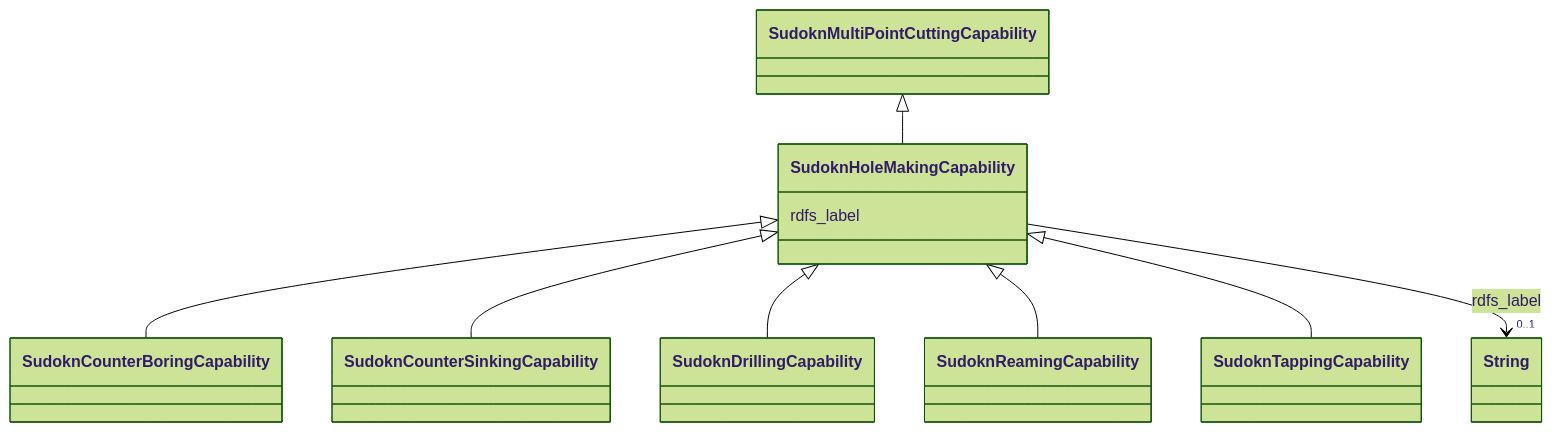
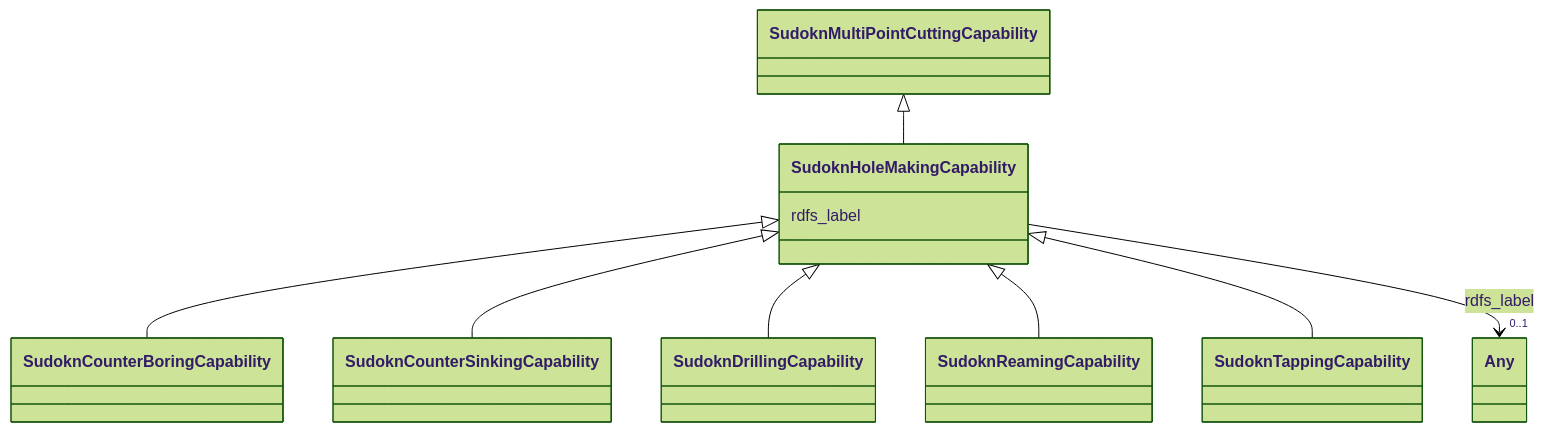
Before and after one commit to frink-okn/graph-descriptions: the diagram in sudokn-kg/classes/SudoknHoleMakingCapability.md, drawn with Mermaid (forest theme). The commit also changed other lines of this file and 903 other files, not shown here.

````diff
--- a/sudokn-kg/classes/SudoknHoleMakingCapability.md
+++ b/sudokn-kg/classes/SudoknHoleMakingCapability.md
@@ -23,31 +16,31 @@
 ```mermaid
  classDiagram
     class SudoknHoleMakingCapability
     click SudoknHoleMakingCapability href "../SudoknHoleMakingCapability"
       SudoknMultiPointCuttingCapability <|-- SudoknHoleMakingCapability
         click SudoknMultiPointCuttingCapability href "../SudoknMultiPointCuttingCapability"
       
 
       SudoknHoleMakingCapability <|-- SudoknCounterBoringCapability
         click SudoknCounterBoringCapability href "../SudoknCounterBoringCapability"
       SudoknHoleMakingCapability <|-- SudoknCounterSinkingCapability
         click SudoknCounterSinkingCapability href "../SudoknCounterSinkingCapability"
       SudoknHoleMakingCapability <|-- SudoknDrillingCapability
         click SudoknDrillingCapability href "../SudoknDrillingCapability"
       SudoknHoleMakingCapability <|-- SudoknReamingCapability
         click SudoknReamingCapability href "../SudoknReamingCapability"
       SudoknHoleMakingCapability <|-- SudoknTappingCapability
         click SudoknTappingCapability href "../SudoknTappingCapability"
       
       
       SudoknHoleMakingCapability : rdfs_label
         
           
     
     
-    SudoknHoleMakingCapability --> "0..1" String : rdfs_label
-    click String href "../String"
+    SudoknHoleMakingCapability --> "0..1" Any : rdfs_label
+    click Any href "../Any"
 
         
       
 ```
````
